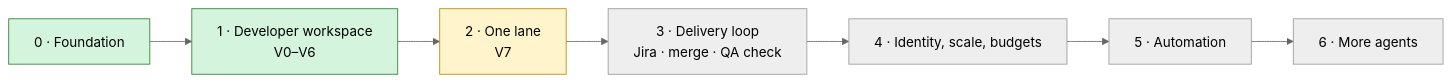
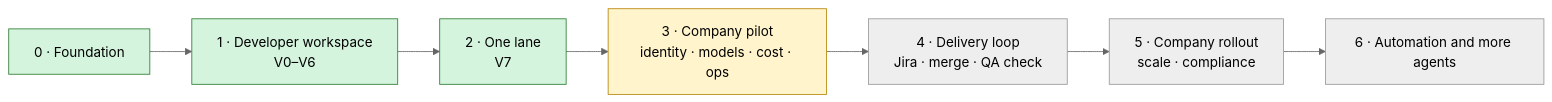
Before and after one commit to HasithaErandika/aura: the first of 4 diagrams in docs/plans/aura-git-control-plane.md, drawn with Mermaid (neutral theme). The commit also changed other lines of this file and 18 other files, not shown here.

First line of the commit message:
docs: describe the one-lane system and plan the company AI harness

````diff
--- a/docs/plans/aura-git-control-plane.md
+++ b/docs/plans/aura-git-control-plane.md
@@ -22,6 +22,6 @@
 ```mermaid
 flowchart LR
-    P0["0 · Foundation"]:::done --> P1["1 · Developer workspace<br/>V0–V6"]:::done --> P2["2 · One lane<br/>V7"]:::wip --> P3["3 · Delivery loop<br/>Jira · merge · QA check"] --> P4["4 · Identity, scale, budgets"] --> P5["5 · Automation"] --> P6["6 · More agents"]
+    P0["0 · Foundation"]:::done --> P1["1 · Developer workspace<br/>V0–V6"]:::done --> P2["2 · One lane<br/>V7"]:::done --> P3["3 · Company pilot<br/>identity · models · cost · ops"]:::wip --> P4["4 · Delivery loop<br/>Jira · merge · QA check"] --> P5["5 · Company rollout<br/>scale · compliance"] --> P6["6 · Automation and more agents"]
     classDef done fill:#d4f4dd,stroke:#2e7d32,color:#000
     classDef wip fill:#fff4cc,stroke:#b8860b,color:#000
 ```
````
